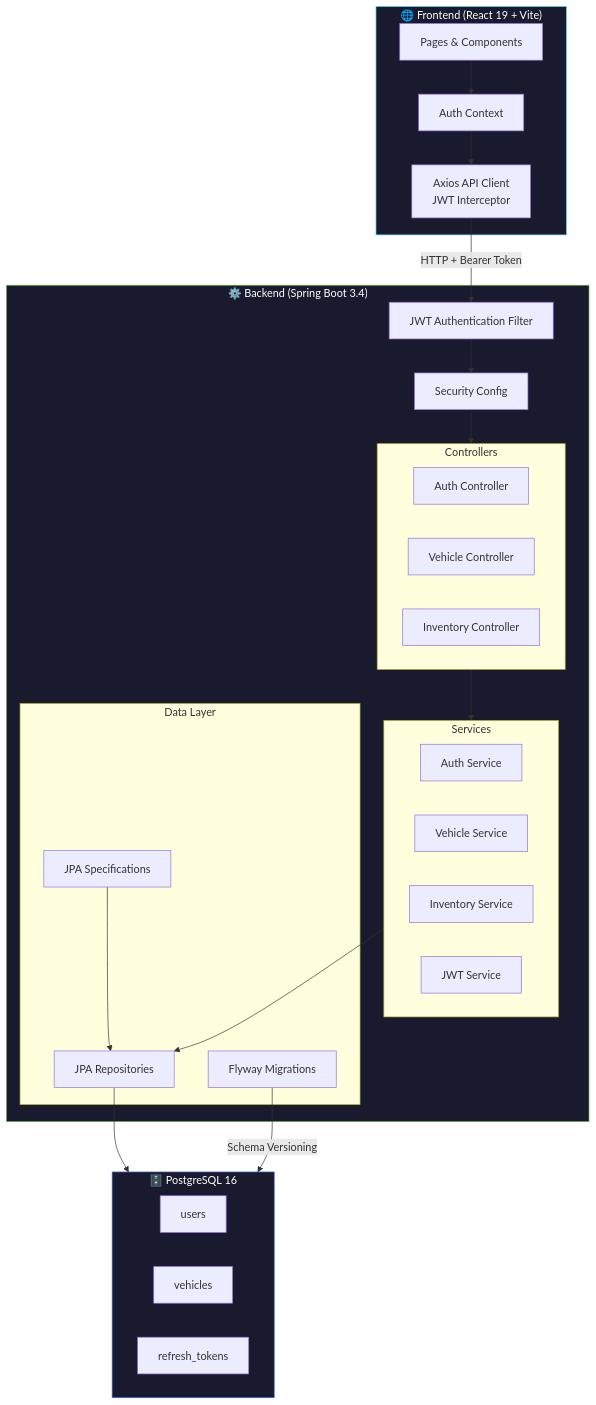
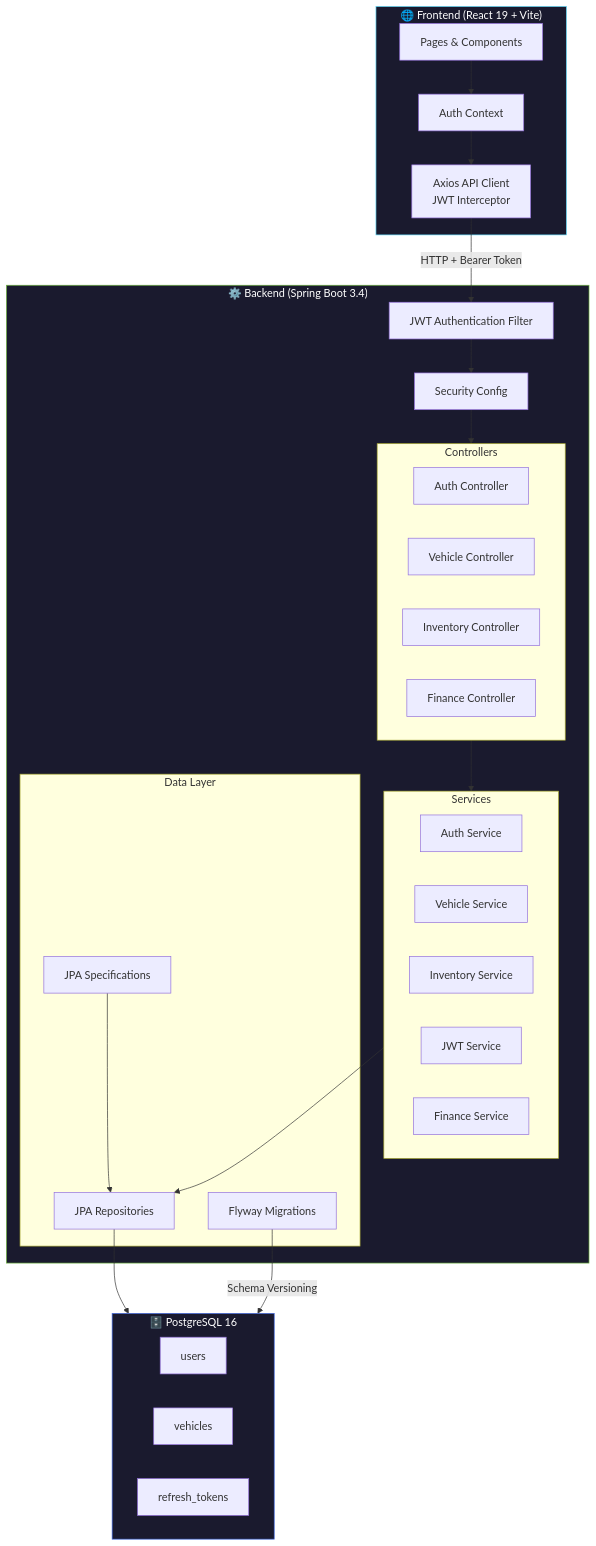
Before and after one commit to henil-suchak/car-dealership-inventory-system: the diagram in README.md, drawn with Mermaid. The commit also changed other lines of this file and 4 other files, not shown here.

````diff
--- a/README.md
+++ b/README.md
@@ -50,51 +50,53 @@
 ```mermaid
 graph TB
     subgraph Client["🌐 Frontend (React 19 + Vite)"]
         UI[Pages & Components]
         CTX[Auth Context]
         API[Axios API Client<br/>JWT Interceptor]
     end
 
     subgraph Server["⚙️ Backend (Spring Boot 3.4)"]
         SF[JWT Authentication Filter]
         SC[Security Config]
         
         subgraph Controllers
             AC[Auth Controller]
             VC[Vehicle Controller]
             IC[Inventory Controller]
+            FC[Finance Controller]
         end
         
         subgraph Services
             AS[Auth Service]
             VS[Vehicle Service]
             IS[Inventory Service]
             JS[JWT Service]
+            FS[Finance Service]
         end
         
         subgraph Data["Data Layer"]
             RP[JPA Repositories]
             SP[JPA Specifications]
             FM[Flyway Migrations]
         end
     end
 
     subgraph DB["🗄️ PostgreSQL 16"]
         UT[users]
         VT[vehicles]
         RT[refresh_tokens]
     end
 
     UI --> CTX --> API
     API -- "HTTP + Bearer Token" --> SF
     SF --> SC --> Controllers
     Controllers --> Services
     Services --> RP
     RP --> DB
     SP --> RP
     FM -- "Schema Versioning" --> DB
 
     style Client fill:#1a1a2e,stroke:#61DAFB,color:#fff
     style Server fill:#1a1a2e,stroke:#6DB33F,color:#fff
     style DB fill:#1a1a2e,stroke:#4169E1,color:#fff
 ```
````
